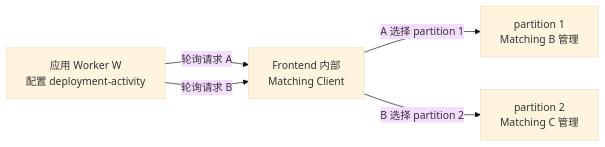
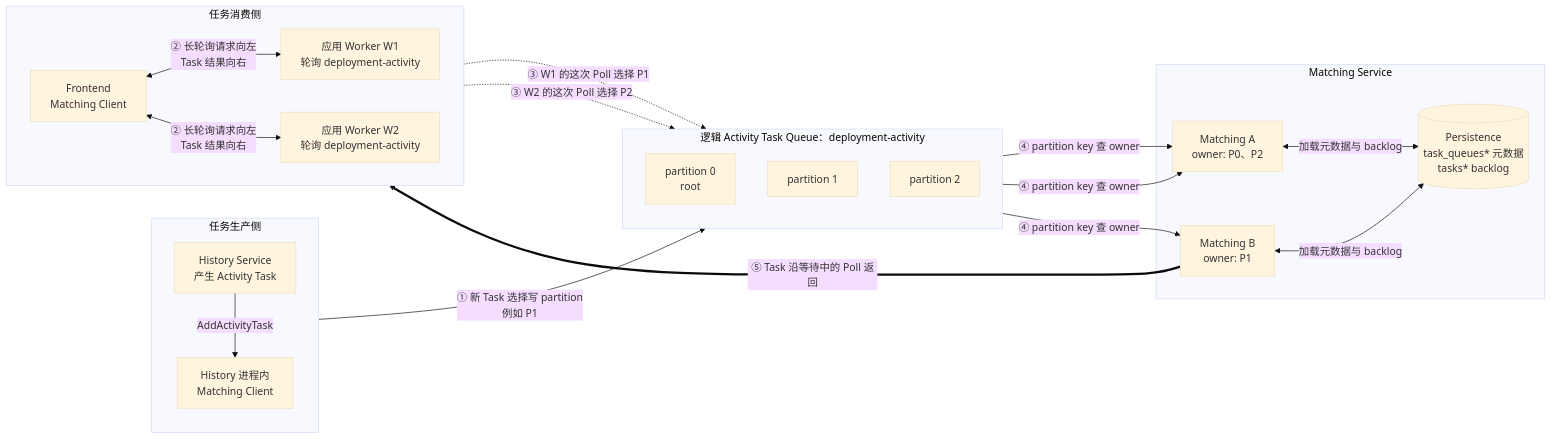
Before and after one commit to hotttao/backup: the fourth of 7 diagrams in posts/microservices/workflow/022_temporal_membership_partition.md, drawn with Mermaid (base theme). The commit also changed other lines of this file and 6 other files, not shown here.

````diff
--- a/posts/microservices/workflow/022_temporal_membership_partition.md
+++ b/posts/microservices/workflow/022_temporal_membership_partition.md
@@ -575,7 +363,46 @@
 ```mermaid
 flowchart LR
-    W[应用 Worker W<br/>配置 deployment-activity] -->|轮询请求 A| F[Frontend 内部<br/>Matching Client]
-    W -->|轮询请求 B| F
-    F -->|A 选择 partition 1| P1[partition 1<br/>Matching B 管理]
-    F -->|B 选择 partition 2| P2[partition 2<br/>Matching C 管理]
+    subgraph Producer[任务生产侧]
+        direction TB
+        H[History Service<br/>产生 Activity Task]
+        WC[History 进程内<br/>Matching Client]
+        H -->|AddActivityTask| WC
+    end
+
+    subgraph Queue[逻辑 Activity Task Queue：deployment-activity]
+        direction TB
+        P0[partition 0<br/>root]
+        P1[partition 1]
+        P2[partition 2]
+    end
+
+    subgraph Matching[Matching Service]
+        MA[Matching A<br/>owner: P0、P2]
+        MB[Matching B<br/>owner: P1]
+        DB[(Persistence<br/>task_queues* 元数据<br/>tasks* backlog)]
+        MA <-->|加载元数据与 backlog| DB
+        MB <-->|加载元数据与 backlog| DB
+    end
+
+    subgraph Consumer[任务消费侧]
+        direction LR
+        F[Frontend<br/>Matching Client]
+        W1[应用 Worker W1<br/>轮询 deployment-activity]
+        W2[应用 Worker W2<br/>轮询 deployment-activity]
+        F <-->|② 长轮询请求向左<br/>Task 结果向右| W1
+        F <-->|② 长轮询请求向左<br/>Task 结果向右| W2
+    end
+
+    WC -->|① 新 Task 选择写 partition<br/>例如 P1| P1
+
+    P0 -->|④ partition key 查 owner| MA
+    P2 -->|④ partition key 查 owner| MA
+    P1 -->|④ partition key 查 owner| MB
+
+    F -.->|③ W1 的这次 Poll 选择 P1| P1
+    F -.->|③ W2 的这次 Poll 选择 P2| P2
+    MB ==>|⑤ Task 沿等待中的 Poll 返回| F
+
+    WC ~~~ P0
+    MA ~~~ F
 ```
````
